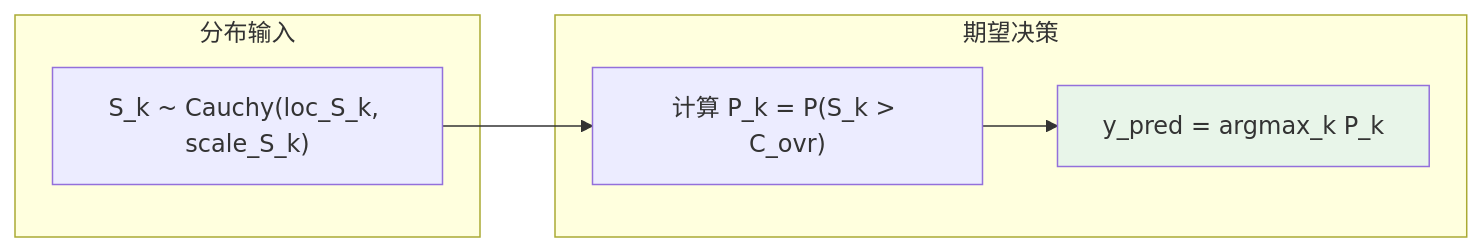
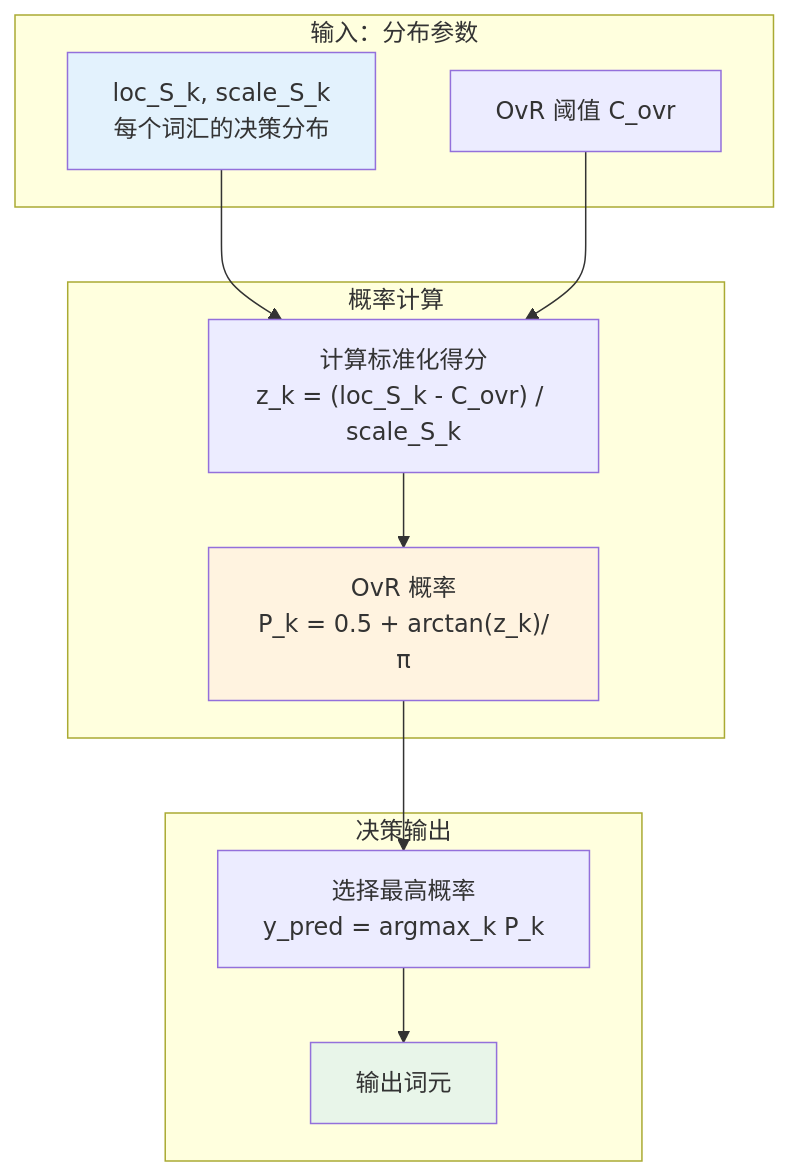
The eighth of 16 diagrams in design-docs/causal_qwen_text_only.md (1587causalai/CausalQwen), drawn with Mermaid before and after one commit. The commit also changed other lines of this file, not shown here.

````diff
--- a/design-docs/causal_qwen_text_only.md
+++ b/design-docs/causal_qwen_text_only.md
@@ -271,13 +431,22 @@
 ```mermaid
-graph LR
-    subgraph "分布输入"
-        S["S_k ~ Cauchy(loc_S_k, scale_S_k)"]
+graph TD
+    subgraph "输入：分布参数"
+        A1["loc_S_k, scale_S_k<br>每个词汇的决策分布"]
+        A2["OvR 阈值 C_ovr"]
     end
     
-    subgraph "期望决策"
-        S --> P["计算 P_k = P(S_k > C_ovr)"]
-        P --> Max["y_pred = argmax_k P_k"]
+    subgraph "概率计算"
+        A1 --> B1["计算标准化得分<br>z_k = (loc_S_k - C_ovr) / scale_S_k"]
+        A2 --> B1
+        B1 --> B2["OvR 概率<br>P_k = 0.5 + arctan(z_k)/π"]
     end
     
-    style Max fill:#e8f5e9
+    subgraph "决策输出"
+        B2 --> C1["选择最高概率<br>y_pred = argmax_k P_k"]
+        C1 --> C2["输出词元"]
+    end
+    
+    style A1 fill:#e3f2fd
+    style B2 fill:#fff3e0
+    style C2 fill:#e8f5e9
 ```
````
